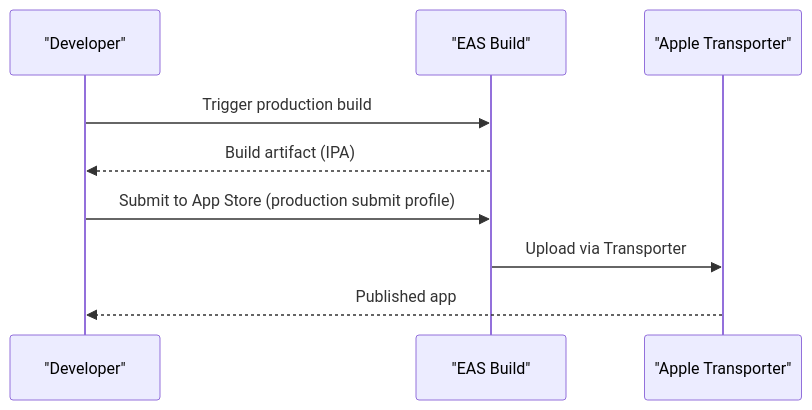
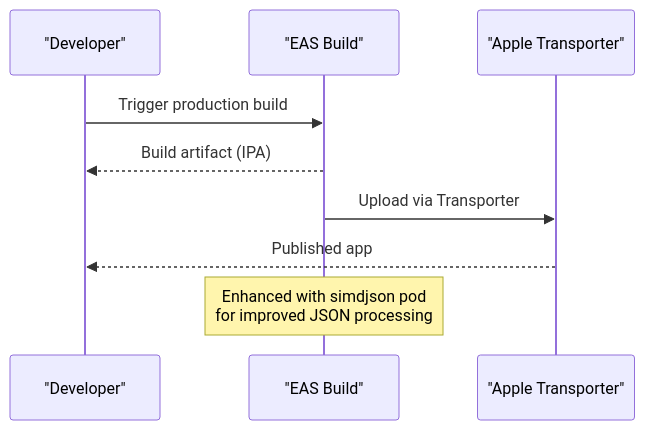
One commit to karllasouzza/PowerLists changed the third of 6 diagrams in .qoder/repowiki/en/content/Build and Deployment.md. Above: the diagram before and after it, drawn with Mermaid. The commit also changed other lines of this file and 5 other files, not shown here.

````diff
--- a/.qoder/repowiki/en/content/Build and Deployment.md
+++ b/.qoder/repowiki/en/content/Build and Deployment.md
@@ -231,11 +258,11 @@
 ```mermaid
 sequenceDiagram
 participant Dev as "Developer"
 participant EAS as "EAS Build"
 participant Apple as "Apple Transporter"
 Dev->>EAS : Trigger production build
 EAS-->>Dev : Build artifact (IPA)
-Dev->>EAS : Submit to App Store (production submit profile)
 EAS->>Apple : Upload via Transporter
 Apple-->>Dev : Published app
+Note over EAS : Enhanced with simdjson pod<br/>for improved JSON processing
 ```
````
